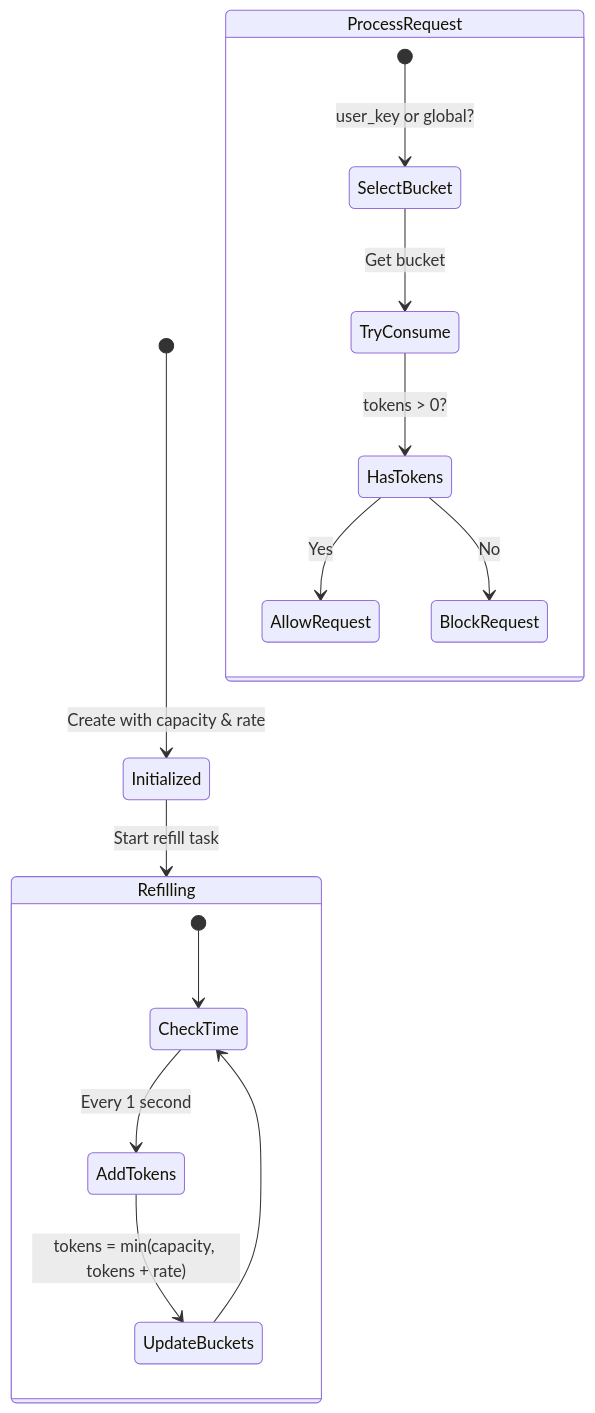
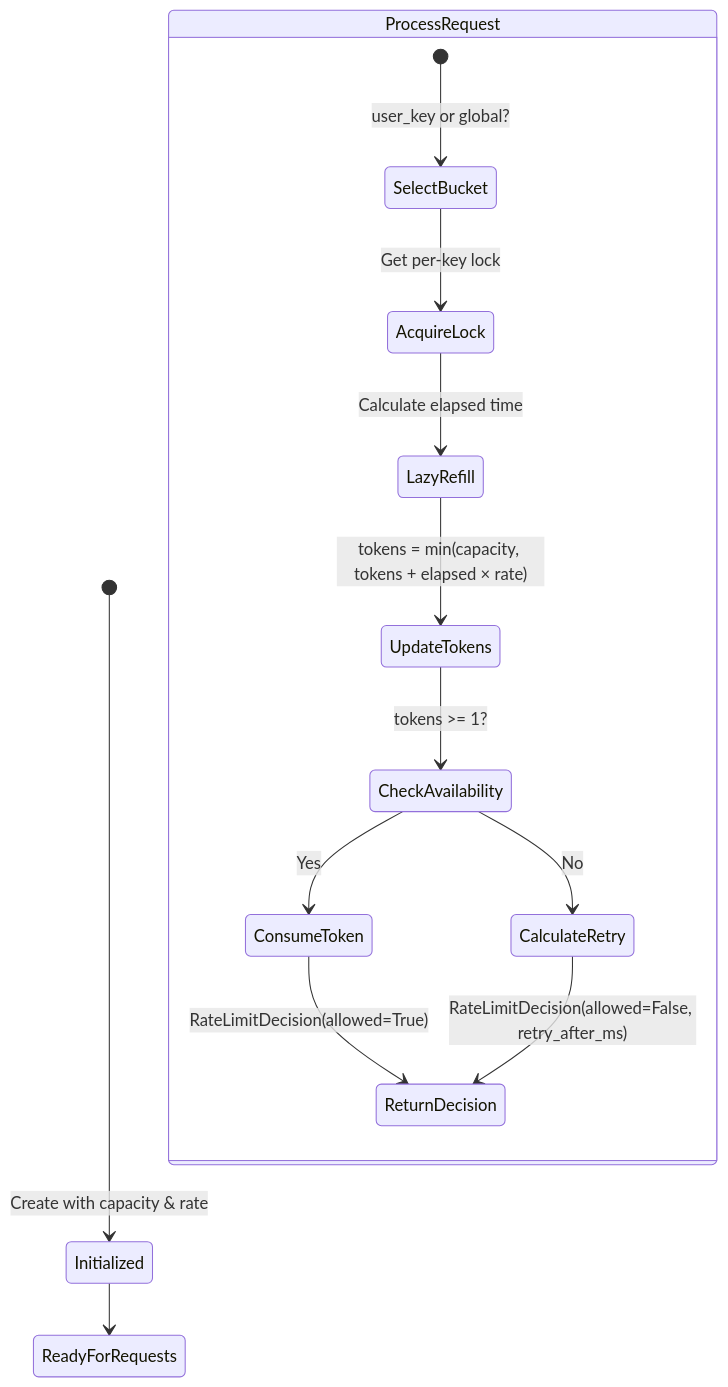
The fourth of 4 diagrams in rate-limiter/README.md (Eakanath1/Problems-Practice), drawn with Mermaid before and after one commit. The commit also changed other lines of this file and 2 other files, not shown here.

Commit message:
update(rate-limiter): implement lazy refill and comprehensive decision responses

````diff
--- a/rate-limiter/README.md
+++ b/rate-limiter/README.md
@@ -221,20 +268,17 @@
 ```mermaid
 stateDiagram-v2
     [*] --> Initialized: Create with capacity & rate
-    Initialized --> Refilling: Start refill task
-    
-    state Refilling {
-        [*] --> CheckTime
-        CheckTime --> AddTokens: Every 1 second
-        AddTokens --> UpdateBuckets: tokens = min(capacity, tokens + rate)
-        UpdateBuckets --> CheckTime
-    }
+    Initialized --> ReadyForRequests
     
     state ProcessRequest {
         [*] --> SelectBucket: user_key or global?
-        SelectBucket --> TryConsume: Get bucket
-        TryConsume --> HasTokens: tokens > 0?
-        HasTokens --> AllowRequest: Yes
-        HasTokens --> BlockRequest: No
+        SelectBucket --> AcquireLock: Get per-key lock
+        AcquireLock --> LazyRefill: Calculate elapsed time
+        LazyRefill --> UpdateTokens: tokens = min(capacity, tokens + elapsed × rate)
+        UpdateTokens --> CheckAvailability: tokens >= 1?
+        CheckAvailability --> ConsumeToken: Yes
+        CheckAvailability --> CalculateRetry: No
+        ConsumeToken --> ReturnDecision: RateLimitDecision(allowed=True)
+        CalculateRetry --> ReturnDecision: RateLimitDecision(allowed=False, retry_after_ms)
     }
 ```
````
